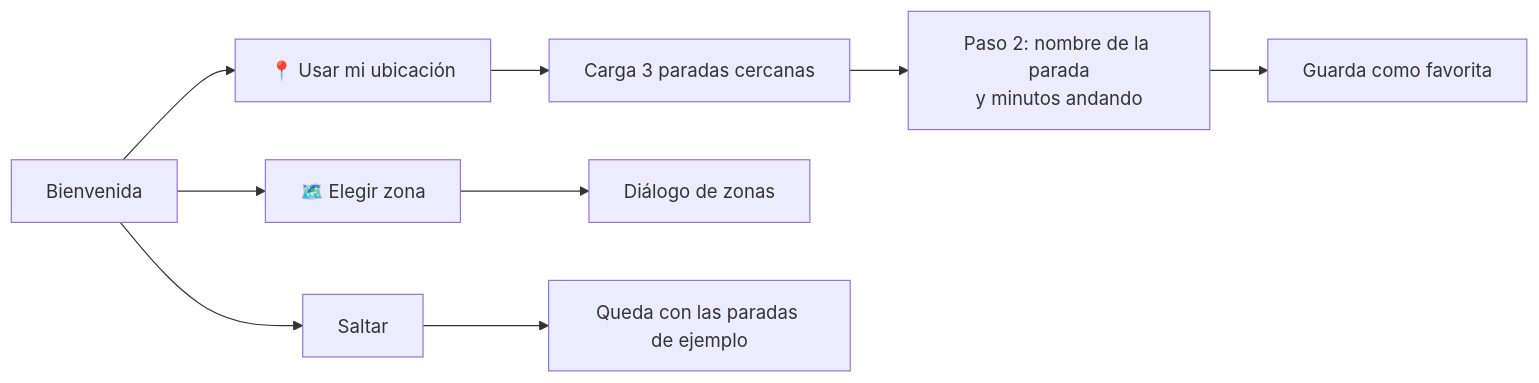
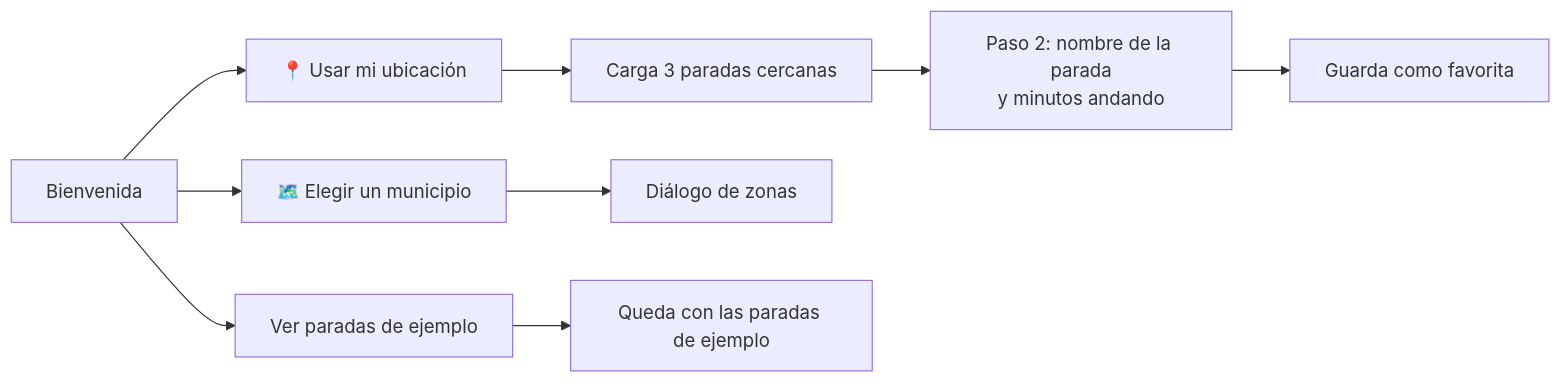
Diagram 12 of 33 in docs/REFERENCIA.md (serbenda/marquesina), drawn with Mermaid before and after one commit. The commit also changed other lines of this file and 19 other files, not shown here.

````diff
--- a/docs/REFERENCIA.md
+++ b/docs/REFERENCIA.md
@@ -339,9 +341,9 @@
 ```mermaid
 flowchart LR
   A["Bienvenida"] --> B["📍 Usar mi ubicación"]
-  A --> C["🗺️ Elegir zona"]
-  A --> D["Saltar"]
+  A --> C["🗺️ Elegir un municipio"]
+  A --> D["Ver paradas de ejemplo"]
   B --> E["Carga 3 paradas cercanas"] --> F["Paso 2: nombre de la parada<br/>y minutos andando"] --> G["Guarda como favorita"]
   C --> H["Diálogo de zonas"]
   D --> I["Queda con las paradas de ejemplo"]
 ```
````
